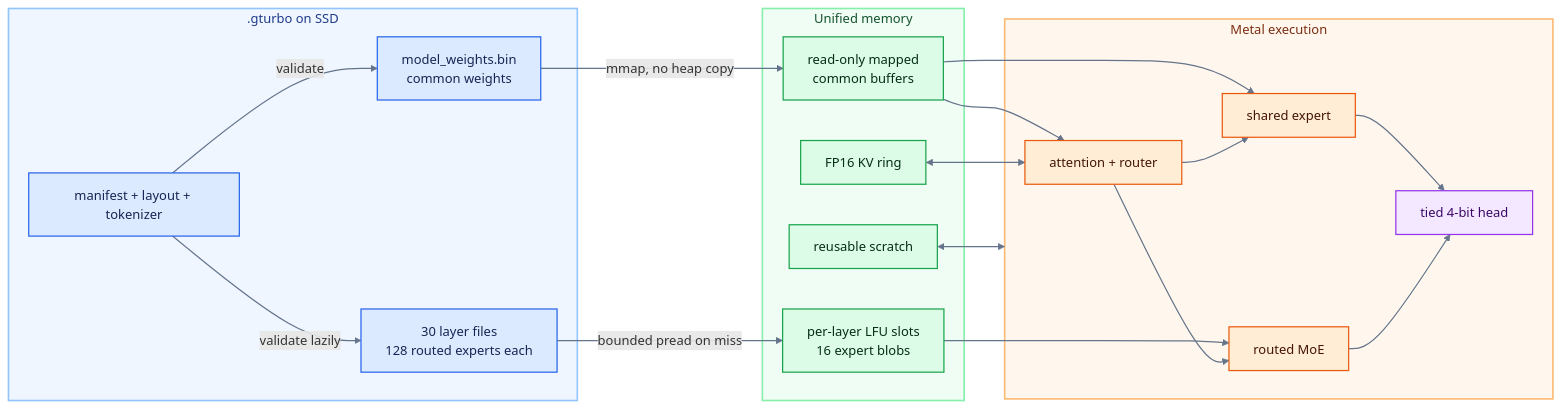
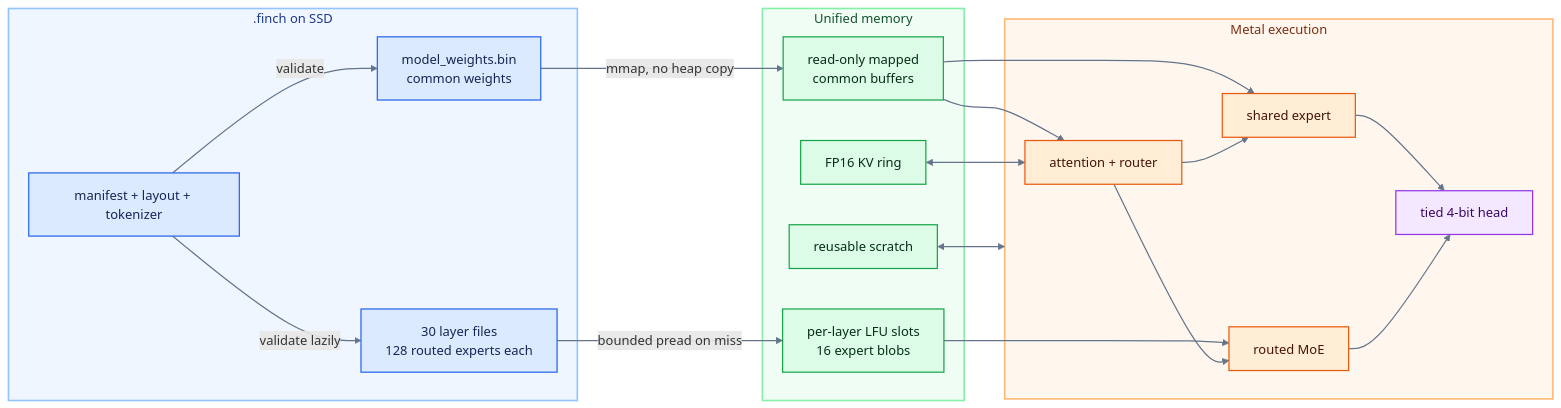
One commit to haihengh/finchMoE changed the first of 2 diagrams in docs/SYSTEM_DESIGN.md. Above: the diagram before and after it, drawn with Mermaid. The commit also changed other lines of this file and 7 other files, not shown here.

````diff
--- a/docs/SYSTEM_DESIGN.md
+++ b/docs/SYSTEM_DESIGN.md
@@ -191,50 +198,50 @@
 ```mermaid
 flowchart LR
-    subgraph Disk[".gturbo on SSD"]
+    subgraph Disk[".finch on SSD"]
         MW["model_weights.bin\ncommon weights"]
         LF["30 layer files\n128 routed experts each"]
         MF["manifest + layout + tokenizer"]
     end
 
     subgraph Memory["Unified memory"]
         RB["read-only mapped\ncommon buffers"]
         EC["per-layer LFU slots\n16 expert blobs"]
         KV["FP16 KV ring"]
         WS["reusable scratch"]
     end
 
     subgraph GPU["Metal execution"]
         AT["attention + router"]
         SE["shared expert"]
         RE["routed MoE"]
         HD["tied 4-bit head"]
     end
 
     MF -->|validate| MW
     MF -->|validate lazily| LF
     MW -->|mmap, no heap copy| RB
     LF -->|bounded pread on miss| EC
     RB --> AT
     RB --> SE
     EC --> RE
     KV <--> AT
     WS <--> GPU
     AT --> SE
     AT --> RE
     SE --> HD
     RE --> HD
 
     classDef disk fill:#DBEAFE,stroke:#2563EB,color:#172554,stroke-width:1.5px;
     classDef memory fill:#DCFCE7,stroke:#16A34A,color:#052E16,stroke-width:1.5px;
     classDef compute fill:#FFEDD5,stroke:#EA580C,color:#431407,stroke-width:1.5px;
     classDef output fill:#F3E8FF,stroke:#9333EA,color:#3B0764,stroke-width:1.5px;
     class MF,MW,LF disk;
     class RB,KV,EC,WS memory;
     class AT,SE,RE compute;
     class HD output;
 
     style Disk fill:#EFF6FF,stroke:#93C5FD,color:#1E3A8A,stroke-width:2px
     style Memory fill:#F0FDF4,stroke:#86EFAC,color:#14532D,stroke-width:2px
     style GPU fill:#FFF7ED,stroke:#FDBA74,color:#7C2D12,stroke-width:2px
     linkStyle default stroke:#64748B,stroke-width:1.5px
 ```
````
